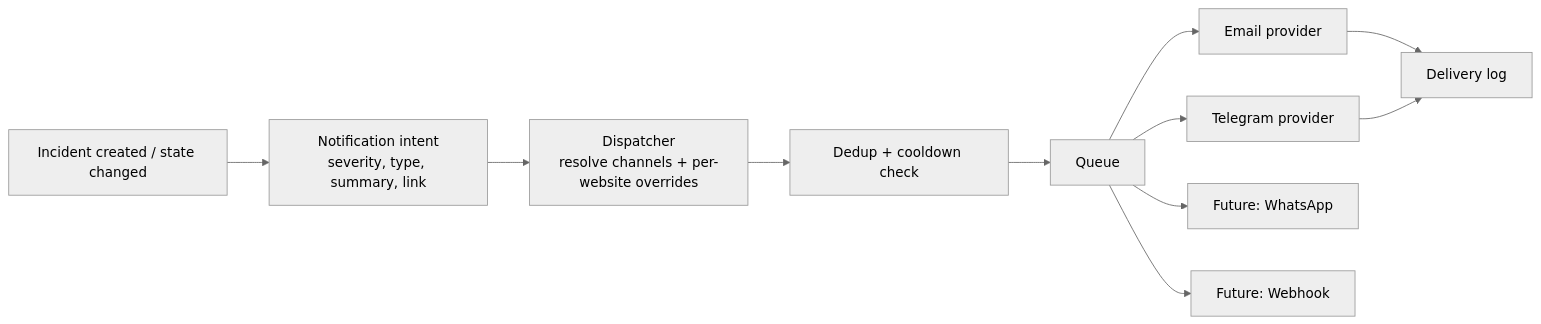
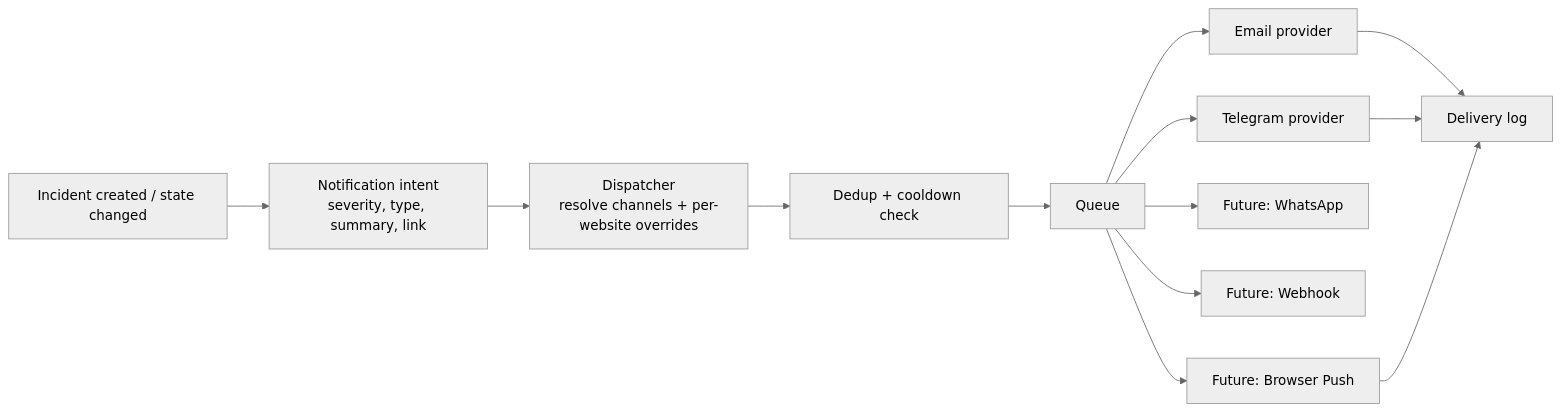
The third of 3 diagrams in PRD.md (tupski/SiteSentinel-Website-Monitor), drawn with Mermaid (neutral theme) before and after one commit. The commit also changed other lines of this file and 105 other files, not shown here.

````diff
--- a/PRD.md
+++ b/PRD.md
@@ -853,13 +860,15 @@
 ```mermaid
 flowchart LR
     A[Incident created / state changed] --> B[Notification intent<br/>severity, type, summary, link]
     B --> C[Dispatcher<br/>resolve channels + per-website overrides]
     C --> D[Dedup + cooldown check]
     D --> E[Queue]
     E --> F[Email provider]
     E --> G[Telegram provider]
     E --> H[Future: WhatsApp]
     E --> I[Future: Webhook]
+    E --> K[Future: Browser Push]
     F --> J[Delivery log]
     G --> J
+    K --> J
 ```
````
